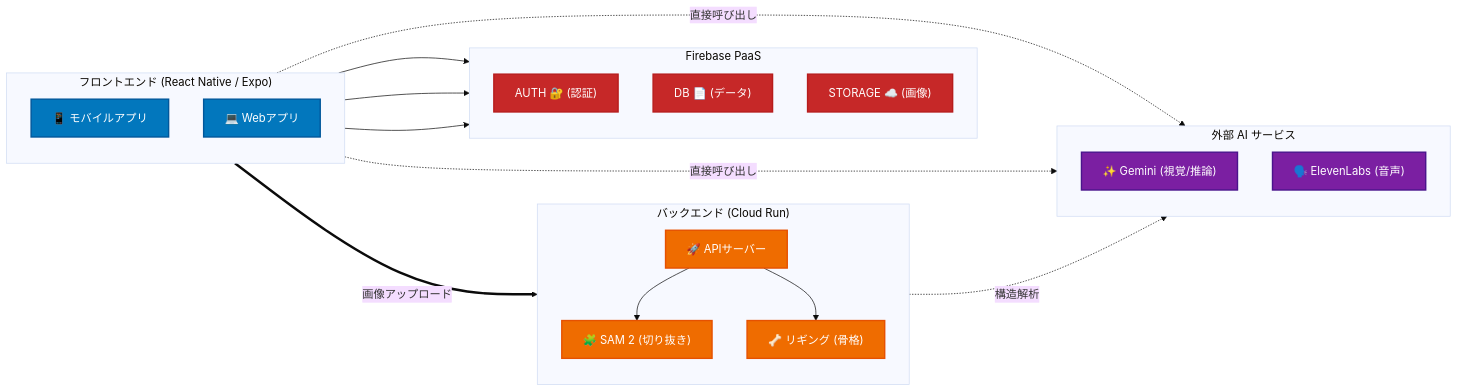
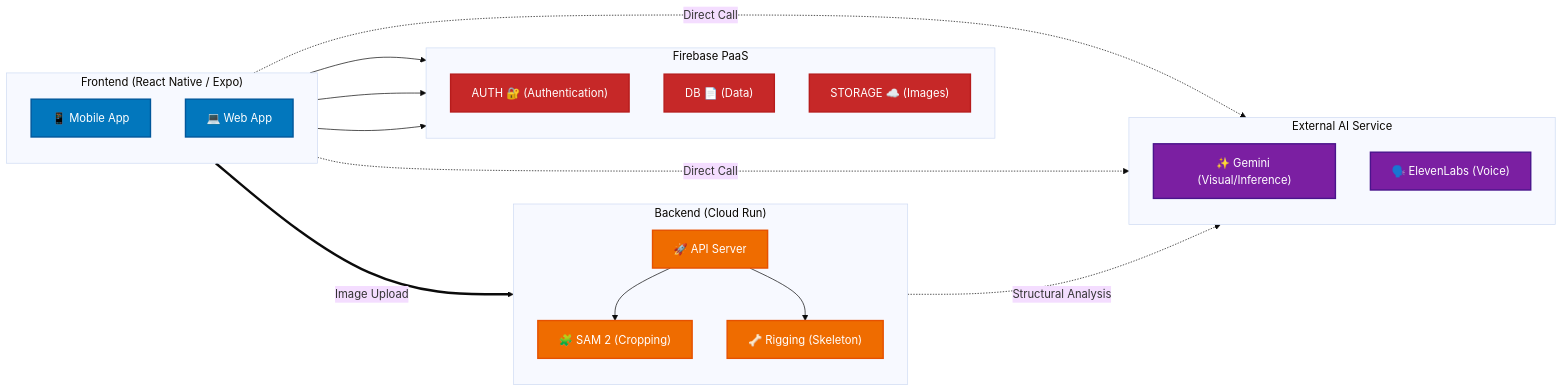
One commit to mongonsh/Ami-buddy changed the diagram in README.md. Above: the diagram before and after it, drawn with Mermaid (base theme). The commit also changed other lines of this file, not shown here.

````diff
--- a/README.md
+++ b/README.md
@@ -12,55 +12,52 @@
 ```mermaid
 graph LR
-    subgraph Frontend ["フロントエンド (React Native / Expo)"]
-        direction TB
-        MobileClient["📱 モバイルアプリ"]
-        WebClient["💻 Webアプリ"]
-    end
+subgraph Frontend ["Frontend (React Native / Expo)"]
+direction TB
+MobileClient["📱 Mobile App"]
+WebClient["💻 Web App"]
+end
+subgraph Firebase_Services ["Firebase PaaS"]
+direction TB
+Auth["AUTH 🔐 (Authentication)"]
+Firestore["DB 📄 (Data)"]
+Storage["STORAGE ☁️ (Images)"]
+end
+subgraph Cloud_Run ["Backend (Cloud Run)"]
+direction TB
+OrchestratorAPI["🚀 API Server"]
+SAM2["🧩 SAM 2 (Cropping)"]
+RiggingAgent["🦴 Rigging (Skeleton)"]
+end
+subgraph External_AI ["External AI Service"]
+direction TB
+Gemini["✨ Gemini (Visual/Inference)"]
+ElevenLabs["🗣️ ElevenLabs (Voice)"]
+end
 
-    subgraph Firebase_Services ["Firebase PaaS"]
-        direction TB
-        Auth["AUTH 🔐 (認証)"]
-        Firestore["DB 📄 (データ)"]
-        Storage["STORAGE ☁️ (画像)"]
-    end
+%% Key Data Flows
+Frontend --> Auth
+Frontend --> Firestore
+Frontend --> Storage
 
-    subgraph Cloud_Run ["バックエンド (Cloud Run)"]
-        direction TB
-        OrchestratorAPI["🚀 APIサーバー"]
-        SAM2["🧩 SAM 2 (切り抜き)"]
-        RiggingAgent["🦴 リギング (骨格)"]
-    end
+%% Direct AI Calls (Vision / Voice)
+Frontend -.->|Direct Call| Gemini
+Frontend -.->|Direct Call| ElevenLabs
 
-    subgraph External_AI ["外部 AI サービス"]
-        direction TB
-        Gemini["✨ Gemini (視覚/推論)"]
-        ElevenLabs["🗣️ ElevenLabs (音声)"]
-    end
+%% Heavy Processing Flow
+Frontend ==>|Image Upload| OrchestratorAPI
 
-    %% Key Data Flows
-    Frontend --> Auth
-    Frontend --> Firestore
-    Frontend --> Storage
-    
-    %% Direct AI Calls (Vision / Voice)
-    Frontend -.->|直接呼び出し| Gemini
-    Frontend -.->|直接呼び出し| ElevenLabs
+OrchestratorAPI --> SAM2
+OrchestratorAPI --> RiggingAgent
+RiggingAgent -.->|Structural Analysis| Gemini
 
-    %% Heavy Processing Flow
-    Frontend ==>|画像アップロード| OrchestratorAPI
-    
-    OrchestratorAPI --> SAM2
-    OrchestratorAPI --> RiggingAgent
-    RiggingAgent -.->|構造解析| Gemini
+%% Styling - HIGH CONTRAST DARK MODE
+classDef mobile fill:#0277bd,stroke:#01579b,stroke-width:2px,color:#fff;
+classDef cloud fill:#ef6c00,stroke:#e65100,stroke-width:2px,color:#fff;
+classDef ai fill:#7b1fa2,stroke:#4a148c,stroke-width:2px,color:#fff;
+classDef firebase fill:#c62828,stroke:#b71c1c,stroke-width:2px,color:#fff;
 
-    %% Styling - HIGH CONTRAST DARK MODE
-    classDef mobile fill:#0277bd,stroke:#01579b,stroke-width:2px,color:#fff;
-    classDef cloud fill:#ef6c00,stroke:#e65100,stroke-width:2px,color:#fff;
-    classDef ai fill:#7b1fa2,stroke:#4a148c,stroke-width:2px,color:#fff;
-    classDef firebase fill:#c62828,stroke:#b71c1c,stroke-width:2px,color:#fff;
-
-    class MobileClient,WebClient mobile;
-    class OrchestratorAPI,SAM2,RiggingAgent cloud;
-    class Gemini,ElevenLabs ai;
-    class Auth,Firestore,Storage firebase;
+class MobileClient,WebClient mobile;
+class OrchestratorAPI,SAM2,RiggingAgent cloud;
+class Gemini,ElevenLabs ai;
+class Auth,Firestore,Storage firebase;
 ```
````
